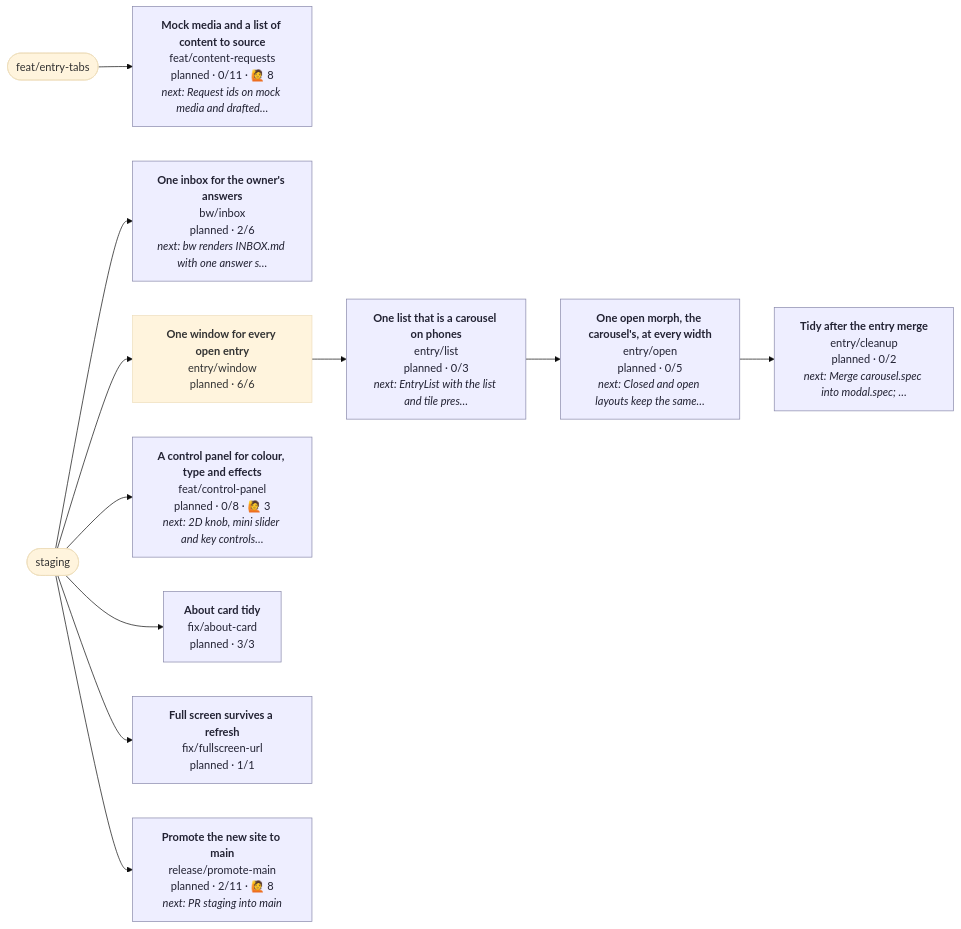
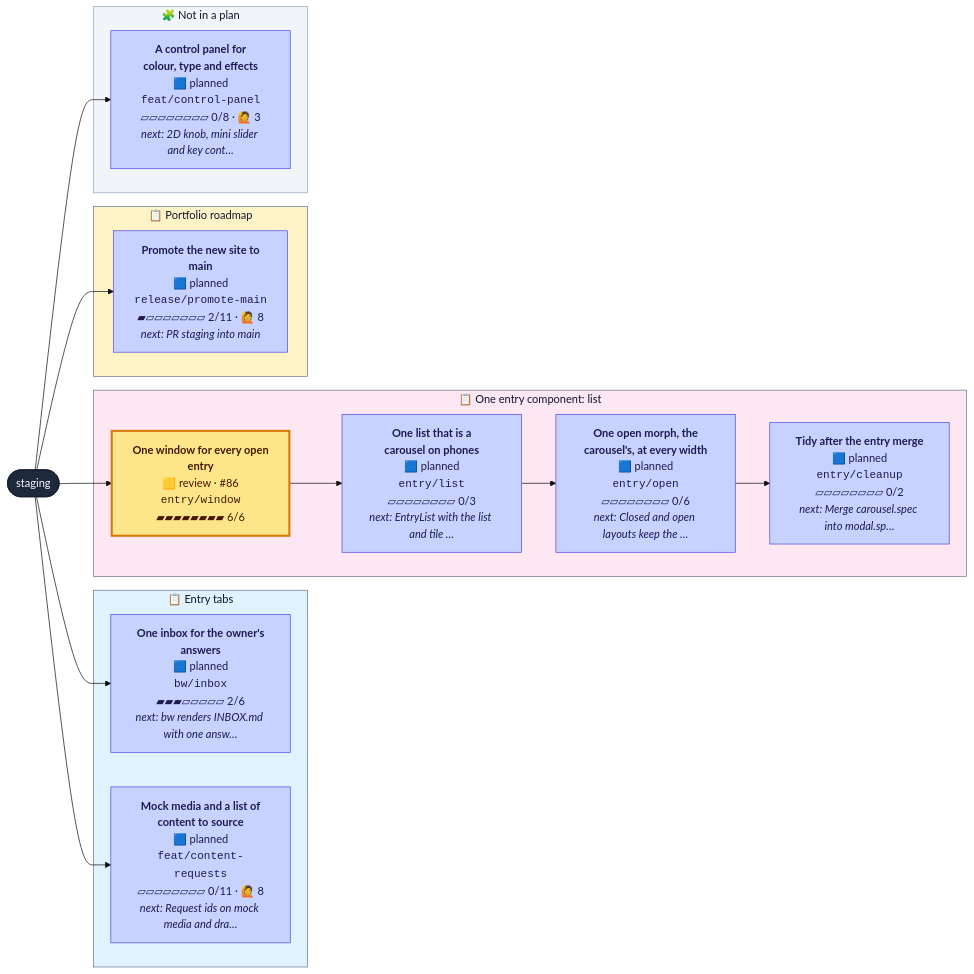
The diagram in CONTRIBUTING.md (henryjonescodes/portfolio), drawn with Mermaid (base theme) before and after one commit. The commit also changed other lines of this file, not shown here.

````diff
--- a/CONTRIBUTING.md
+++ b/CONTRIBUTING.md
@@ -17,40 +16,47 @@
 ```mermaid
 flowchart LR
   n_staging([staging])
-  n_feat_entry_tabs([feat/entry-tabs])
-  n_bw_inbox["<b>One inbox for the owner's answers</b><br/>bw/inbox<br/>planned · 2/6<br/><i>next: bw renders INBOX.md with one answer s…</i>"]
-  class n_bw_inbox planned
+  class n_staging trunk
+  subgraph plan_0["📋 Entry tabs"]
+    n_bw_inbox["<b>One inbox for the owner's<br/>answers</b><br/>🟦 planned<br/><code>bw/inbox</code><br/>▰▰▰▱▱▱▱▱ 2/6<br/><i>next: bw renders INBOX.md with one answ…</i>"]
+    class n_bw_inbox planned
+    n_feat_content_requests["<b>Mock media and a list of<br/>content to source</b><br/>🟦 planned<br/><code>feat/content-requests</code><br/>▱▱▱▱▱▱▱▱ 0/11 · 🙋 8<br/><i>next: Request ids on mock media and dra…</i>"]
+    class n_feat_content_requests planned
+  end
+  style plan_0 fill:#e0f2fe,stroke:#64748b,color:#0f172a
+  subgraph plan_1["📋 One entry component: list"]
+    n_entry_cleanup["<b>Tidy after the entry merge</b><br/>🟦 planned<br/><code>entry/cleanup</code><br/>▱▱▱▱▱▱▱▱ 0/2<br/><i>next: Merge carousel.spec into modal.sp…</i>"]
+    class n_entry_cleanup planned
+    n_entry_list["<b>One list that is a<br/>carousel on phones</b><br/>🟦 planned<br/><code>entry/list</code><br/>▱▱▱▱▱▱▱▱ 0/3<br/><i>next: EntryList with the list and tile …</i>"]
+    class n_entry_list planned
+    n_entry_open["<b>One open morph, the<br/>carousel's, at every width</b><br/>🟦 planned<br/><code>entry/open</code><br/>▱▱▱▱▱▱▱▱ 0/6<br/><i>next: Closed and open layouts keep the …</i>"]
+    class n_entry_open planned
+    n_entry_window["<b>One window for every open<br/>entry</b><br/>🟨 review · #86<br/><code>entry/window</code><br/>▰▰▰▰▰▰▰▰ 6/6"]
+    class n_entry_window review
+  end
+  style plan_1 fill:#fce7f3,stroke:#64748b,color:#0f172a
+  subgraph plan_3["📋 Portfolio roadmap"]
+    n_release_promote_main["<b>Promote the new site to<br/>main</b><br/>🟦 planned<br/><code>release/promote-main</code><br/>▰▱▱▱▱▱▱▱ 2/11 · 🙋 8<br/><i>next: PR staging into main</i>"]
+    class n_release_promote_main planned
+  end
+  style plan_3 fill:#fef3c7,stroke:#64748b,color:#0f172a
+  subgraph loose["🧩 Not in a plan"]
+    n_feat_control_panel["<b>A control panel for<br/>colour, type and effects</b><br/>🟦 planned<br/><code>feat/control-panel</code><br/>▱▱▱▱▱▱▱▱ 0/8 · 🙋 3<br/><i>next: 2D knob, mini slider and key cont…</i>"]
+    class n_feat_control_panel planned
+  end
+  style loose fill:#f1f5f9,stroke:#94a3b8,color:#0f172a
   n_staging --> n_bw_inbox
-  n_entry_cleanup["<b>Tidy after the entry merge</b><br/>entry/cleanup<br/>planned · 0/2<br/><i>next: Merge carousel.spec into modal.spec; …</i>"]
-  class n_entry_cleanup planned
   n_entry_open --> n_entry_cleanup
-  n_entry_list["<b>One list that is a carousel on phones</b><br/>entry/list<br/>planned · 0/3<br/><i>next: EntryList with the list and tile pres…</i>"]
-  class n_entry_list planned
   n_entry_window --> n_entry_list
-  n_entry_open["<b>One open morph, the carousel's, at every width</b><br/>entry/open<br/>planned · 0/5<br/><i>next: Closed and open layouts keep the same…</i>"]
-  class n_entry_open planned
   n_entry_list --> n_entry_open
-  n_entry_window["<b>One window for every open entry</b><br/>entry/window<br/>planned · 6/6"]
-  class n_entry_window planned,current
   n_staging --> n_entry_window
-  n_feat_content_requests["<b>Mock media and a list of content to source</b><br/>feat/content-requests<br/>planned · 0/11 · 🙋 8<br/><i>next: Request ids on mock media and drafted…</i>"]
-  class n_feat_content_requests planned
-  n_feat_entry_tabs --> n_feat_content_requests
-  n_feat_control_panel["<b>A control panel for colour, type and effects</b><br/>feat/control-panel<br/>planned · 0/8 · 🙋 3<br/><i>next: 2D knob, mini slider and key controls…</i>"]
-  class n_feat_control_panel planned
+  n_staging --> n_feat_content_requests
   n_staging --> n_feat_control_panel
-  n_fix_about_card["<b>About card tidy</b><br/>fix/about-card<br/>planned · 3/3"]
-  class n_fix_about_card planned
-  n_staging --> n_fix_about_card
-  n_fix_fullscreen_url["<b>Full screen survives a refresh</b><br/>fix/fullscreen-url<br/>planned · 1/1"]
-  class n_fix_fullscreen_url planned
-  n_staging --> n_fix_fullscreen_url
-  n_release_promote_main["<b>Promote the new site to main</b><br/>release/promote-main<br/>planned · 2/11 · 🙋 8<br/><i>next: PR staging into main</i>"]
-  class n_release_promote_main planned
   n_staging --> n_release_promote_main
-  classDef planned fill:#eef,stroke:#88a,color:#223
-  classDef active fill:#dfd,stroke:#3a3,stroke-width:3px,color:#132
-  classDef blocked fill:#fdd,stroke:#c33,color:#311
-  classDef review fill:#ffd,stroke:#cc3,color:#331
-  classDef current stroke:#06c,stroke-width:4px
+  classDef planned fill:#c7d2fe,stroke:#4f46e5,color:#1e1b4b
+  classDef active fill:#bbf7d0,stroke:#16a34a,stroke-width:3px,color:#052e16
+  classDef review fill:#fde68a,stroke:#d97706,stroke-width:3px,color:#451a03
+  classDef blocked fill:#fecaca,stroke:#dc2626,stroke-width:3px,color:#450a0a
+  classDef trunk fill:#1e293b,stroke:#0f172a,color:#f8fafc
+  classDef current stroke:#0ea5e9,stroke-width:5px
 ```
````
